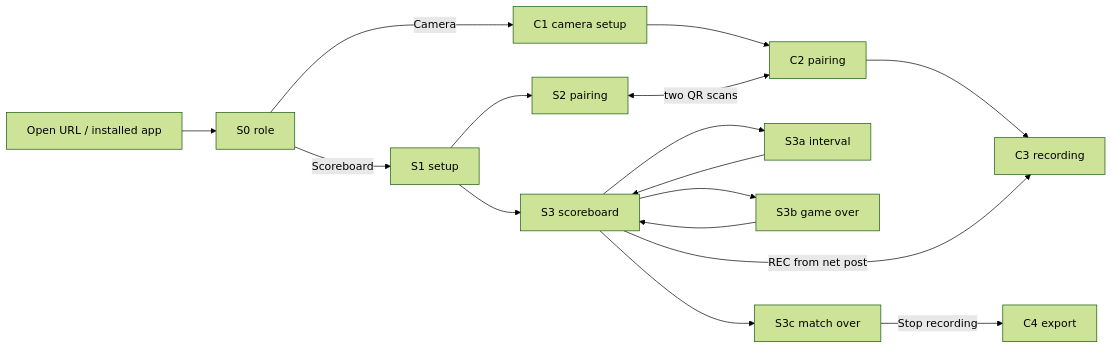
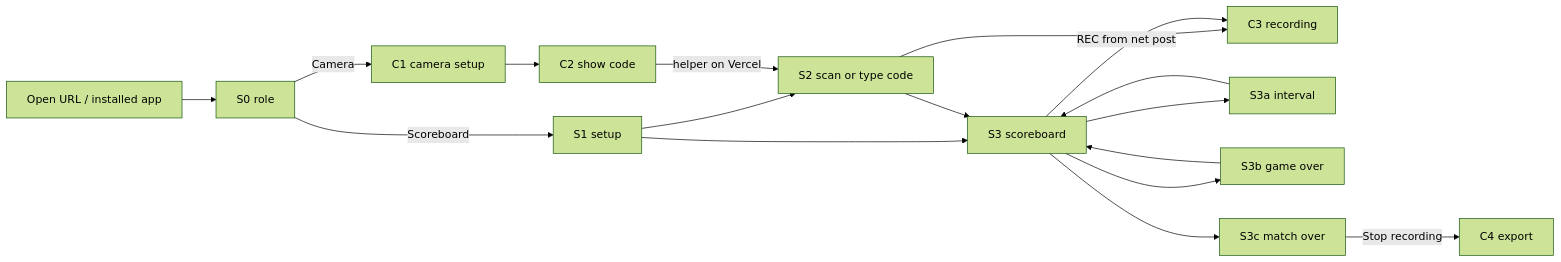
The first of 3 diagrams in docs/ux-design.md (adisak1618/Badminton-replay), drawn with Mermaid (forest theme) before and after one commit. The commit also changed other lines of this file and 5 other files, not shown here.

````diff
--- a/docs/ux-design.md
+++ b/docs/ux-design.md
@@ -278,16 +313,17 @@
 ```mermaid
 flowchart LR
   A[Open URL / installed app] --> B[S0 role]
   B -->|Scoreboard| C[S1 setup]
   B -->|Camera| D[C1 camera setup]
-  C --> E[S2 pairing]
-  D --> F[C2 pairing]
-  E <-->|two QR scans| F
+  C --> E[S2 scan or type code]
+  D --> F[C2 show code]
+  F -->|helper on Vercel| E
   C --> G[S3 scoreboard]
-  F --> H[C3 recording]
+  E --> G
+  E --> H[C3 recording]
   G -->|REC from net post| H
   G --> I[S3a interval] --> G
   G --> J[S3b game over] --> G
   G --> K[S3c match over]
   K -->|Stop recording| L[C4 export]
 ```
````
